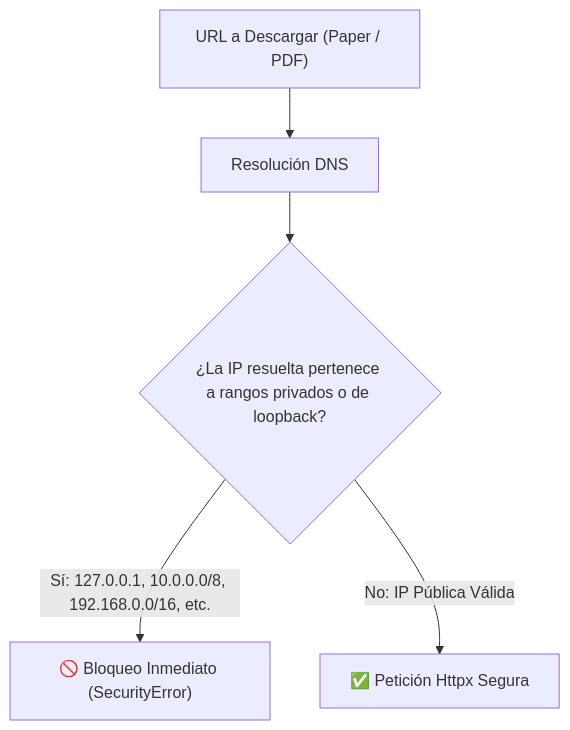
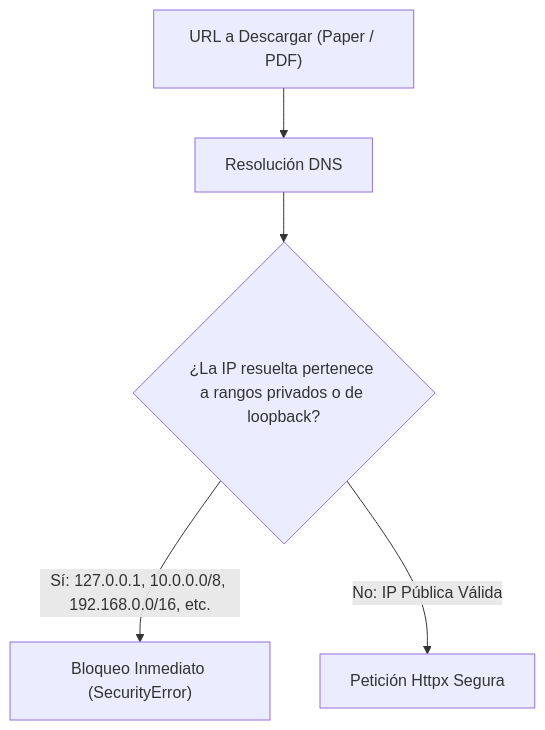
The diagram in docs/architecture/security.md (oscarbol09/thesisforge), drawn with Mermaid before and after one commit. The commit also changed other lines of this file and 18 other files, not shown here.

````diff
--- a/docs/architecture/security.md
+++ b/docs/architecture/security.md
@@ -11,7 +11,7 @@
 ```mermaid
 graph TD
     URL["URL a Descargar (Paper / PDF)"] --> DNS["Resolución DNS"]
     DNS --> CHECK{"¿La IP resuelta pertenece a rangos privados o de loopback?"}
-    CHECK -->|Sí: 127.0.0.1, 10.0.0.0/8, 192.168.0.0/16, etc.| BLOCK["🚫 Bloqueo Inmediato (SecurityError)"]
-    CHECK -->|No: IP Pública Válida| FETCH["✅ Petición Httpx Segura"]
+    CHECK -->|Sí: 127.0.0.1, 10.0.0.0/8, 192.168.0.0/16, etc.| BLOCK["Bloqueo Inmediato (SecurityError)"]
+    CHECK -->|No: IP Pública Válida| FETCH["Petición Httpx Segura"]
 ```
````
